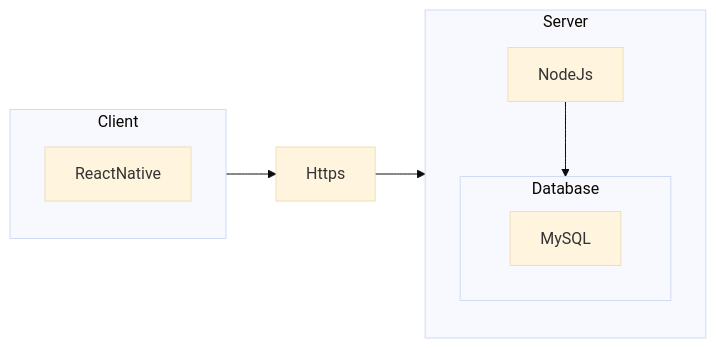
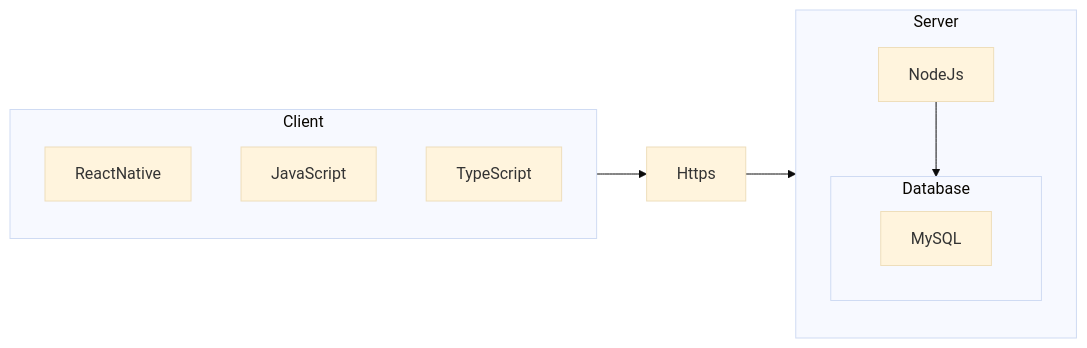
Before and after one commit to fahrizap/Kodein: the second of 2 diagrams in job interview.MD, drawn with Mermaid (base theme).

Commit message:
Update job interview.MD

````diff
--- a/job interview.MD
+++ b/job interview.MD
@@ -118,16 +118,19 @@
 ```mermaid
 flowchart LR
   subgraph Client
   ReactNative
+  JavaScript
+  TypeScript
   end
   subgraph Server
   NodeJs
+  JavaScript
     subgraph Database
     MySQL
     end
   end
   Client --> Https --> Server
   NodeJs --> Database
 
   
 ```
````
